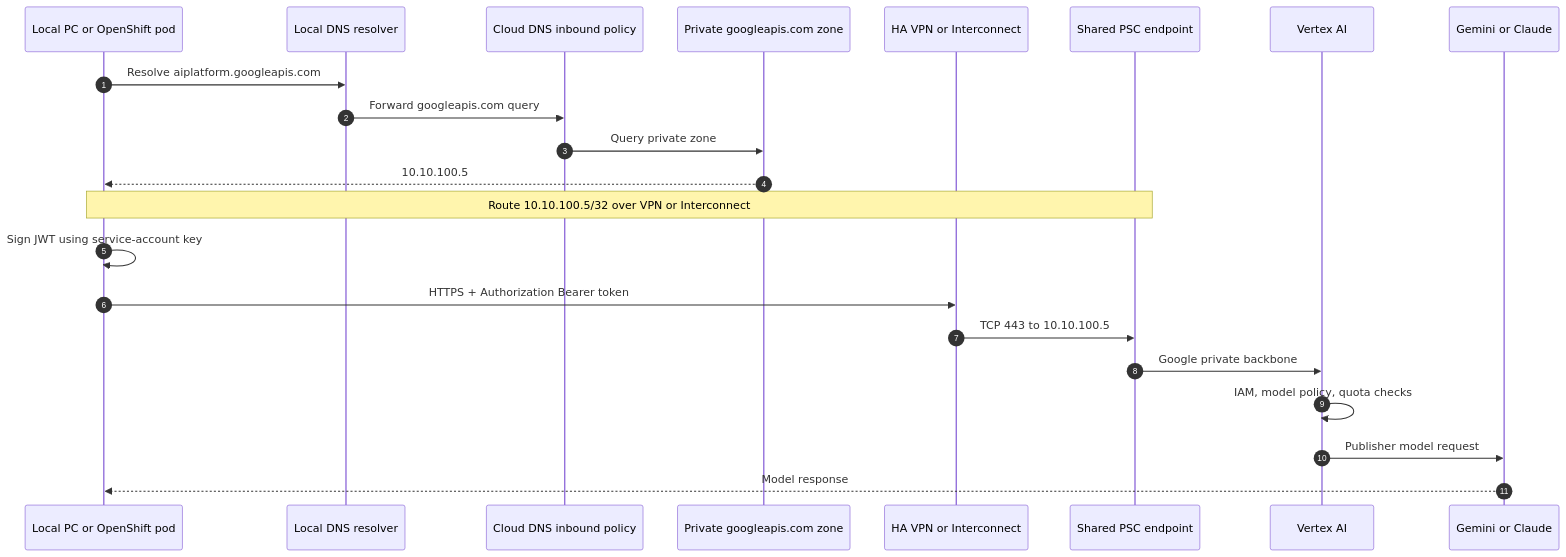
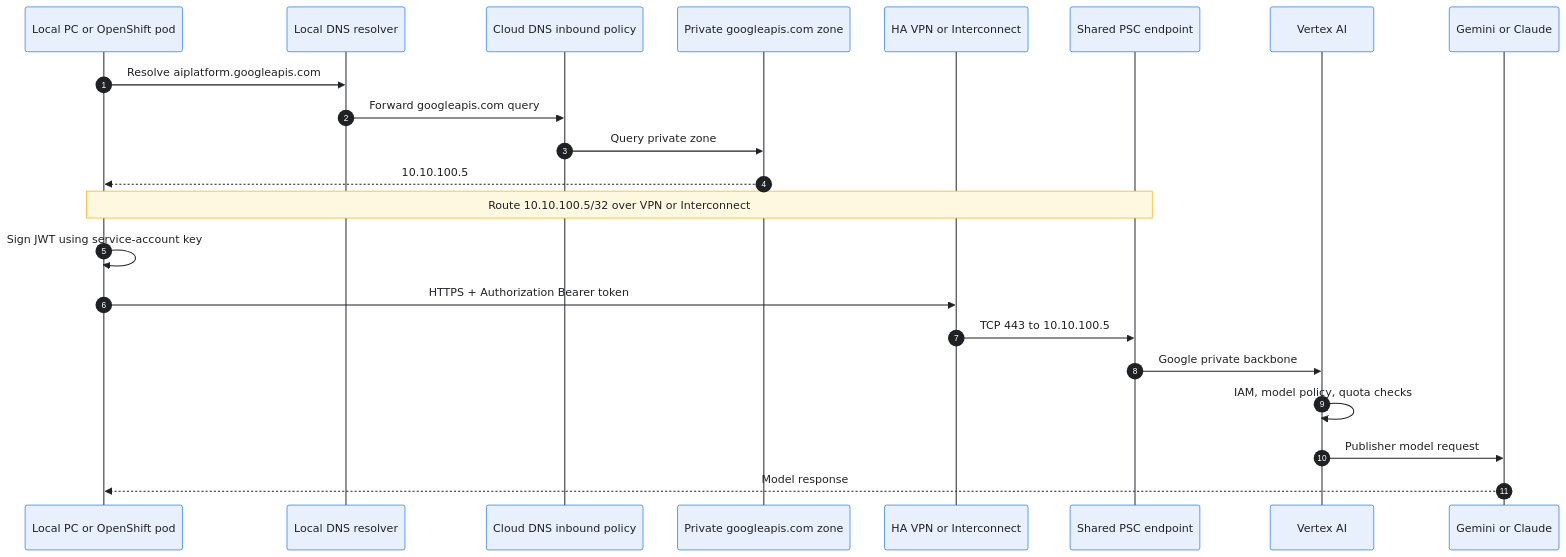
One commit to UttamGiri/GCP-Bootstrap changed the second of 4 diagrams in docs/VERTEX-AI-PSC-ONPREM.md. Above: the diagram before and after it, drawn with Mermaid. The commit also changed other lines of this file, not shown here.

First line of the commit message:
Use light Mermaid theme colors for GitHub readability.

````diff
--- a/docs/VERTEX-AI-PSC-ONPREM.md
+++ b/docs/VERTEX-AI-PSC-ONPREM.md
@@ -62,25 +63,26 @@
 ```mermaid
+%%{init: {'theme': 'base', 'themeVariables': {'background': '#ffffff', 'mainBkg': '#e8f0fe', 'primaryColor': '#e8f0fe', 'primaryTextColor': '#202124', 'primaryBorderColor': '#1a73e8', 'secondaryColor': '#e6f4ea', 'tertiaryColor': '#fff8e1', 'lineColor': '#5f6368', 'textColor': '#202124', 'actorBkg': '#e8f0fe', 'actorTextColor': '#202124', 'actorBorder': '#1a73e8', 'actorLineColor': '#5f6368', 'signalColor': '#202124', 'signalTextColor': '#202124', 'labelBoxBkgColor': '#ffffff', 'labelBoxBorderColor': '#80868b', 'labelTextColor': '#202124', 'loopTextColor': '#202124', 'noteBkgColor': '#fff8e1', 'noteTextColor': '#202124', 'noteBorderColor': '#f9ab00', 'activationBkgColor': '#e6f4ea', 'sequenceNumberColor': '#ffffff'}}}%%
 sequenceDiagram
     autonumber
     participant C as Local PC or OpenShift pod
     participant R as Local DNS resolver
     participant D as Cloud DNS inbound policy
     participant Z as Private googleapis.com zone
     participant N as HA VPN or Interconnect
     participant P as Shared PSC endpoint
     participant V as Vertex AI
     participant M as Gemini or Claude
 
     C->>R: Resolve aiplatform.googleapis.com
     R->>D: Forward googleapis.com query
     D->>Z: Query private zone
     Z-->>C: 10.10.100.5
     Note over C,P: Route 10.10.100.5/32 over VPN or Interconnect
     C->>C: Sign JWT using service-account key
     C->>N: HTTPS + Authorization Bearer token
     N->>P: TCP 443 to 10.10.100.5
     P->>V: Google private backbone
     V->>V: IAM, model policy, quota checks
     V->>M: Publisher model request
     M-->>C: Model response
 ```
````
